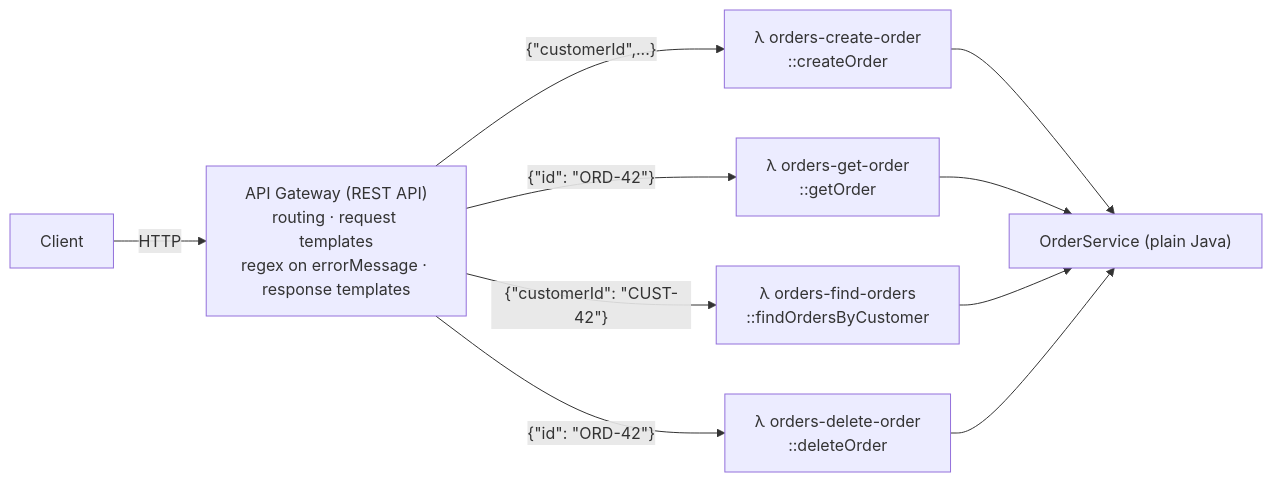
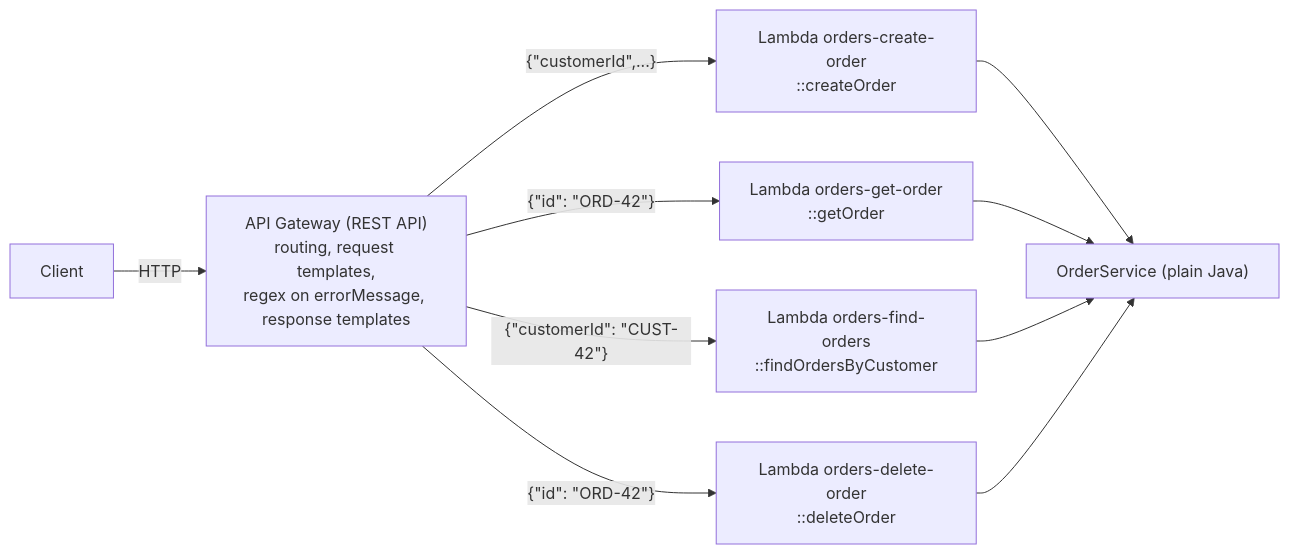
One commit to Valentina-33/orders-api changed the second of 4 diagrams in README.md. Above: the diagram before and after it, drawn with Mermaid. The commit also changed other lines of this file and 6 other files, not shown here.

````diff
--- a/README.md
+++ b/README.md
@@ -282,9 +285,9 @@
 ```mermaid
 flowchart LR
-    C[Client] -->|HTTP| G["API Gateway (REST API)<br/>routing · request templates<br/>regex on errorMessage · response templates"]
-    G -->|"{&quot;customerId&quot;,...}"| L1["λ orders-create-order<br/>::createOrder"]
-    G -->|"{&quot;id&quot;: &quot;ORD-42&quot;}"| L2["λ orders-get-order<br/>::getOrder"]
-    G -->|"{&quot;customerId&quot;: &quot;CUST-42&quot;}"| L3["λ orders-find-orders<br/>::findOrdersByCustomer"]
-    G -->|"{&quot;id&quot;: &quot;ORD-42&quot;}"| L4["λ orders-delete-order<br/>::deleteOrder"]
+    C[Client] -->|HTTP| G["API Gateway (REST API)<br/>routing, request templates,<br/>regex on errorMessage, response templates"]
+    G -->|"{&quot;customerId&quot;,...}"| L1["Lambda orders-create-order<br/>::createOrder"]
+    G -->|"{&quot;id&quot;: &quot;ORD-42&quot;}"| L2["Lambda orders-get-order<br/>::getOrder"]
+    G -->|"{&quot;customerId&quot;: &quot;CUST-42&quot;}"| L3["Lambda orders-find-orders<br/>::findOrdersByCustomer"]
+    G -->|"{&quot;id&quot;: &quot;ORD-42&quot;}"| L4["Lambda orders-delete-order<br/>::deleteOrder"]
     L1 & L2 & L3 & L4 --> S["OrderService (plain Java)"]
 ```
````
